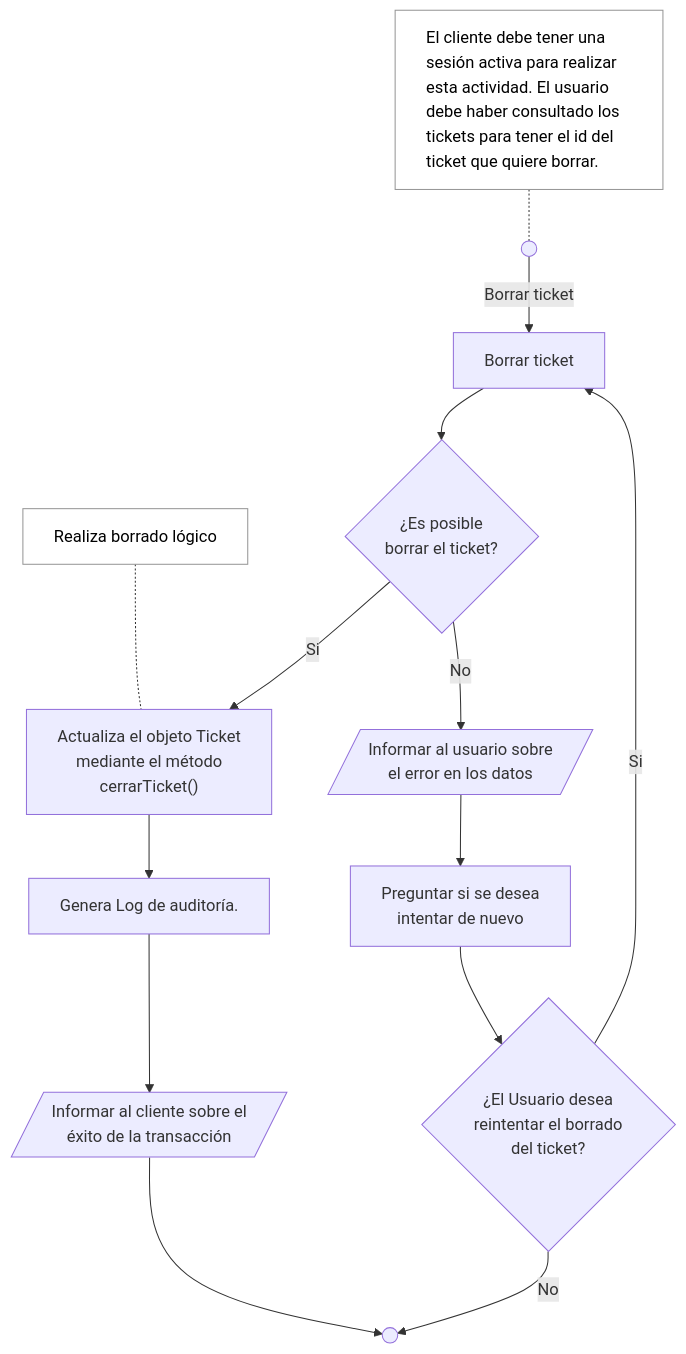
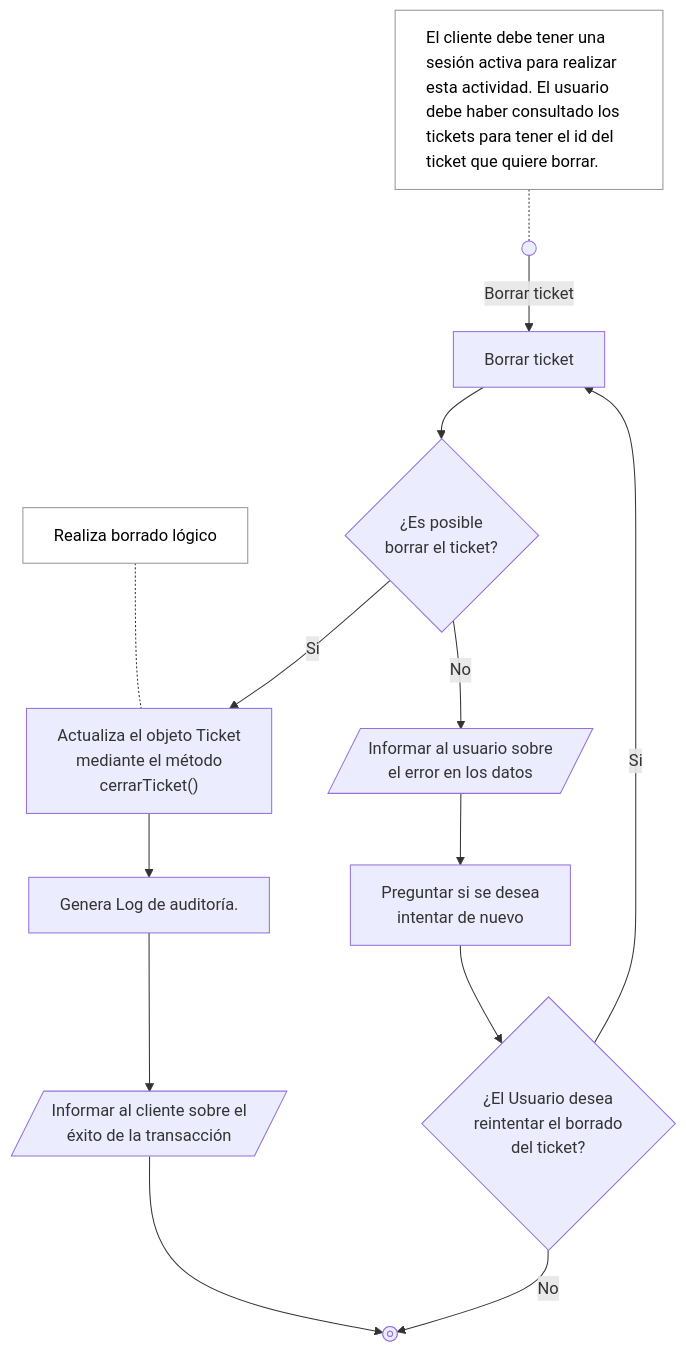
The ninth of 9 diagrams in TP 7/Punto 1/Diagramas_Act.md (Pendorchoide/IS1-2026-UADER), drawn with Mermaid before and after one commit. The commit also changed other lines of this file, not shown here.

Commit message:
Refactor flowchart start and stop shapes in Diagramas_Act.md for clarity and consistency

````diff
--- a/TP 7/Punto 1/Diagramas_Act.md
+++ b/TP 7/Punto 1/Diagramas_Act.md
@@ -309,32 +309,32 @@
 ```mermaid 
 flowchart TD
 
     Z["El cliente debe tener una sesión activa para realizar esta actividad. El usuario debe haber consultado los tickets para tener el id del ticket que quiere borrar."]
 
     Z-.-A
 
-    A(( )) -->|Borrar ticket| B["Borrar ticket"]
+    A@{ shape: sm-circ, label: "Small start" }-->|Borrar ticket| B["Borrar ticket"]
     
     B --> C{"¿Es posible<br/>borrar el ticket?"}
     X-.-D
     
     C -->|Si| D["Actualiza el objeto Ticket<br/>mediante el método<br/>cerrarTicket()"]
 
     X["Realiza borrado lógico"]
 
     
     D --> E["Genera Log de auditoría."]
     E --> F[/"Informar al cliente sobre el<br/>éxito de la transacción"/]
-    F --> G(( ))
+    F --> G@{ shape: framed-circle, label: "Stop" }
 
     C -->|No| H[/"Informar al usuario sobre<br/>el error en los datos"/]
     H --> I["Preguntar si se desea<br/>intentar de nuevo"]
     I --> J{"¿El Usuario desea<br/>reintentar el borrado<br/>del ticket?"}
     
     J -->|Si| B
     J -->|No| G
 
     style Z fill:#ffffff,stroke:#969696,stroke-width:1px,text-align:left, color:black
     style X fill:#ffffff,stroke:#969696,stroke-width:1px,text-align:left, color:black
 
 ```
````
